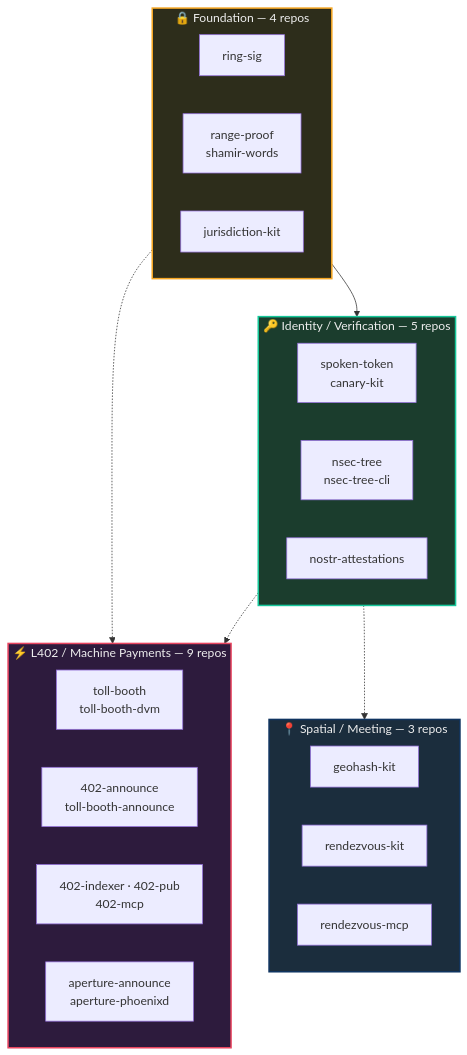
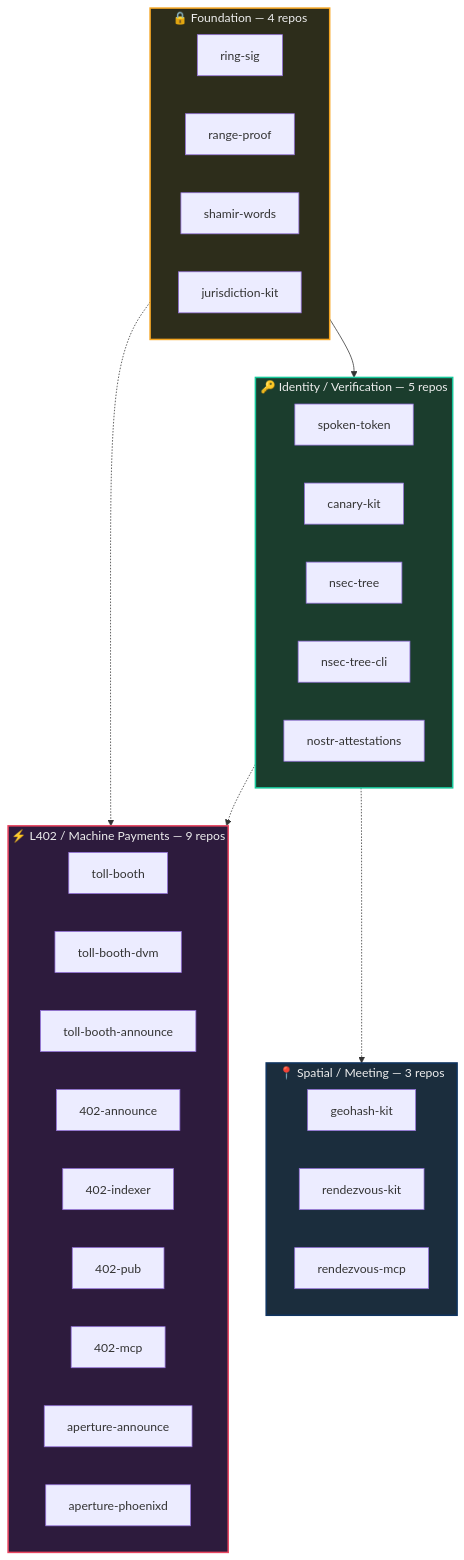
One commit to forgesworn/.github changed the first of 2 diagrams in docs/ecosystem-overview.md. Above: the diagram before and after it, drawn with Mermaid.

Commit message:
docs: list every repo individually in ecosystem diagram — no hidden groupings

````diff
--- a/docs/ecosystem-overview.md
+++ b/docs/ecosystem-overview.md
@@ -7,41 +7,49 @@
 ```mermaid
 graph TB
     subgraph payments["⚡ L402 / Machine Payments — 9 repos"]
         direction LR
-        p1["toll-booth<br/>toll-booth-dvm"]
-        p2["402-announce<br/>toll-booth-announce"]
-        p3["402-indexer · 402-pub<br/>402-mcp"]
-        p4["aperture-announce<br/>aperture-phoenixd"]
+        p1["toll-booth"]
+        p2["toll-booth-dvm"]
+        p3["toll-booth-announce"]
+        p4["402-announce"]
+        p5["402-indexer"]
+        p6["402-pub"]
+        p7["402-mcp"]
+        p8["aperture-announce"]
+        p9["aperture-phoenixd"]
     end
 
     subgraph spatial["📍 Spatial / Meeting — 3 repos"]
         direction LR
         s1["geohash-kit"]
         s2["rendezvous-kit"]
         s3["rendezvous-mcp"]
     end
 
     subgraph identity["🔑 Identity / Verification — 5 repos"]
         direction LR
-        i1["spoken-token<br/>canary-kit"]
-        i2["nsec-tree<br/>nsec-tree-cli"]
-        i3["nostr-attestations"]
+        i1["spoken-token"]
+        i2["canary-kit"]
+        i3["nsec-tree"]
+        i4["nsec-tree-cli"]
+        i5["nostr-attestations"]
     end
 
     subgraph foundation["🔒 Foundation — 4 repos"]
         direction LR
         f1["ring-sig"]
-        f2["range-proof<br/>shamir-words"]
-        f3["jurisdiction-kit"]
+        f2["range-proof"]
+        f3["shamir-words"]
+        f4["jurisdiction-kit"]
     end
 
     foundation --> identity
     foundation -.-> payments
     identity -.-> payments
     identity -.-> spatial
 
     style payments fill:#2d1b3d,stroke:#e94560,color:#eee,stroke-width:2px
     style spatial fill:#1b2d3d,stroke:#0f3460,color:#eee,stroke-width:2px
     style identity fill:#1b3d2d,stroke:#16c79a,color:#eee,stroke-width:2px
     style foundation fill:#2d2d1b,stroke:#f5a623,color:#eee,stroke-width:2px
 ```
````
